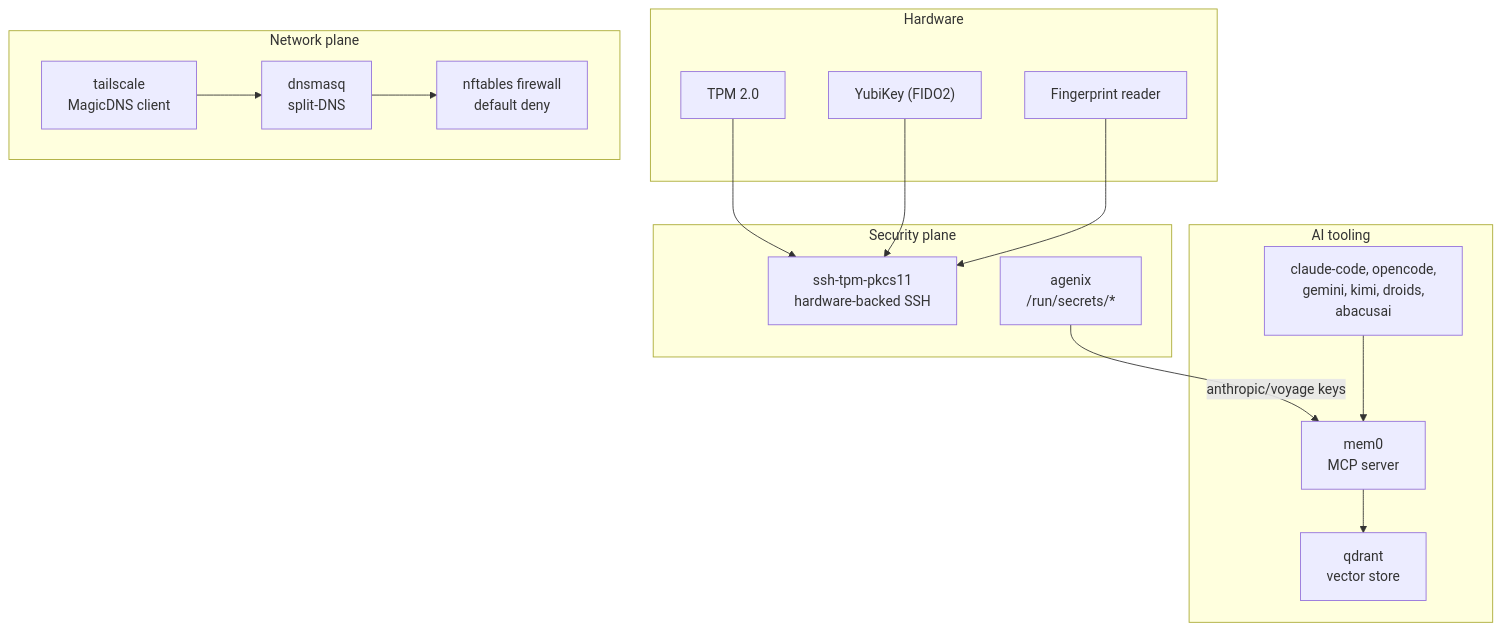
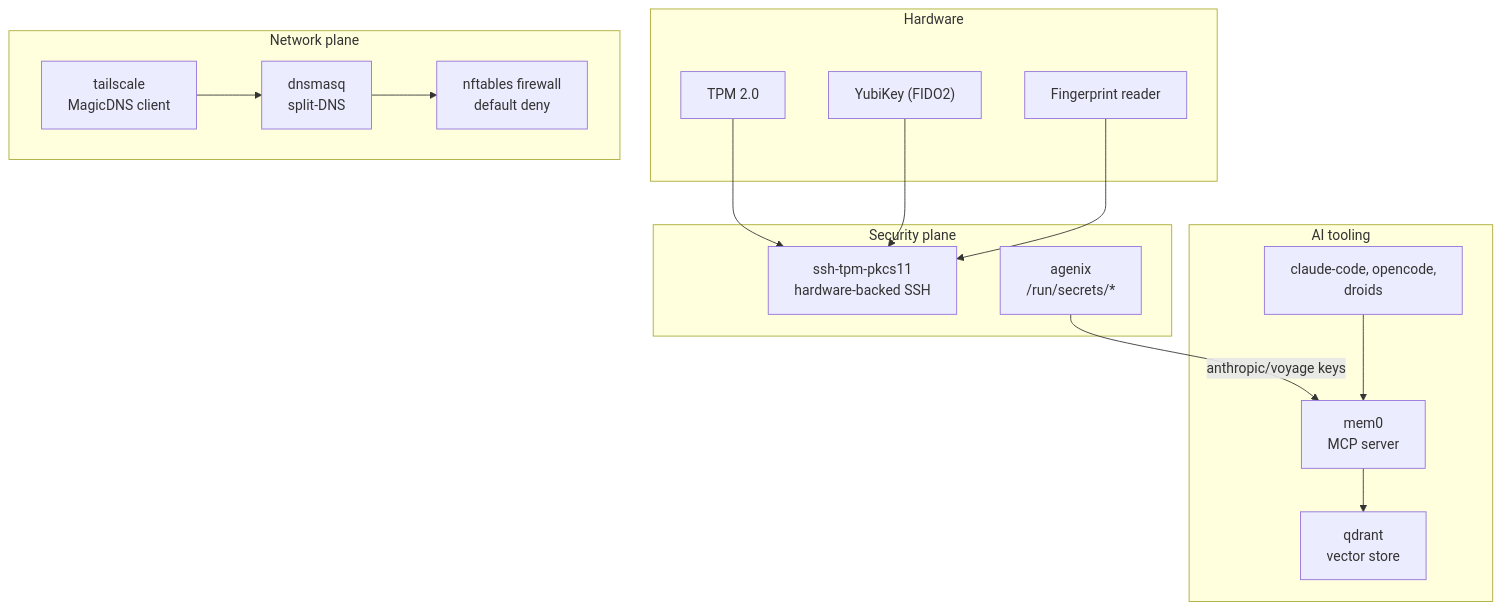
Before and after one commit to KostaGorod/nix-config: the second of 2 diagrams in docs/ARCHITECTURE.md, drawn with Mermaid. The commit also changed other lines of this file and 12 other files, not shown here.

````diff
--- a/docs/ARCHITECTURE.md
+++ b/docs/ARCHITECTURE.md
@@ -43,34 +43,34 @@
 ```mermaid
 flowchart TB
   subgraph hw["Hardware"]
     tpm["TPM 2.0"]
     yk["YubiKey (FIDO2)"]
     fp["Fingerprint reader"]
   end
 
   subgraph sec["Security plane"]
     sshtpm["ssh-tpm-pkcs11<br/>hardware-backed SSH"]
     agenix["agenix<br/>/run/secrets/*"]
   end
 
   subgraph net["Network plane"]
     ts["tailscale<br/>MagicDNS client"]
     dnsmasq["dnsmasq<br/>split-DNS"]
     fw["nftables firewall<br/>default deny"]
   end
 
   subgraph ai["AI tooling"]
-    cli["claude-code, opencode,<br/>gemini, kimi, droids,<br/>abacusai"]
+    cli["claude-code, opencode,<br/>droids"]
     mem0["mem0<br/>MCP server"]
     qdrant["qdrant<br/>vector store"]
   end
 
   tpm --> sshtpm
   yk --> sshtpm
   fp --> sshtpm
   agenix -->|anthropic/voyage keys| mem0
   mem0 --> qdrant
   cli --> mem0
   ts --> dnsmasq
   dnsmasq --> fw
 ```
````
